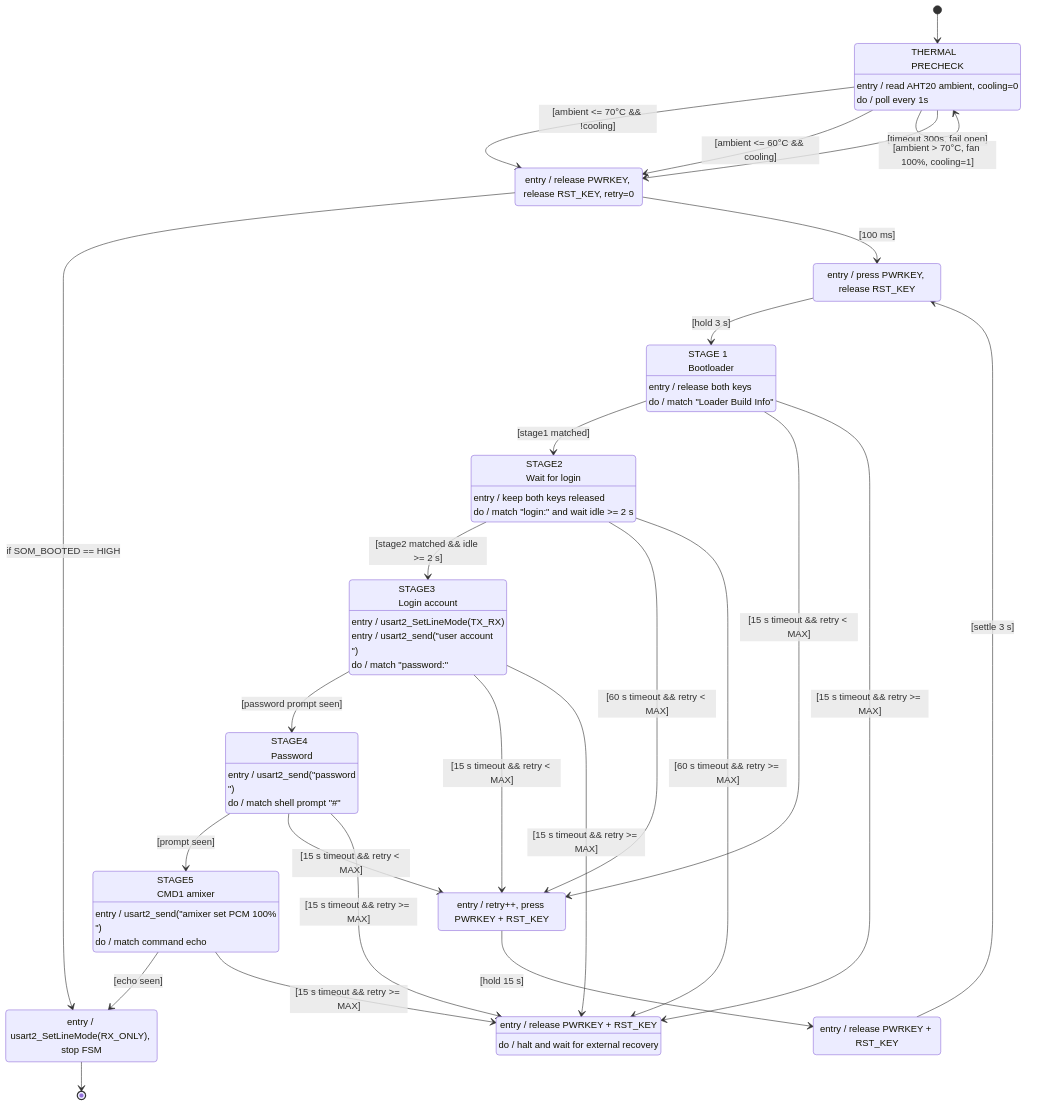
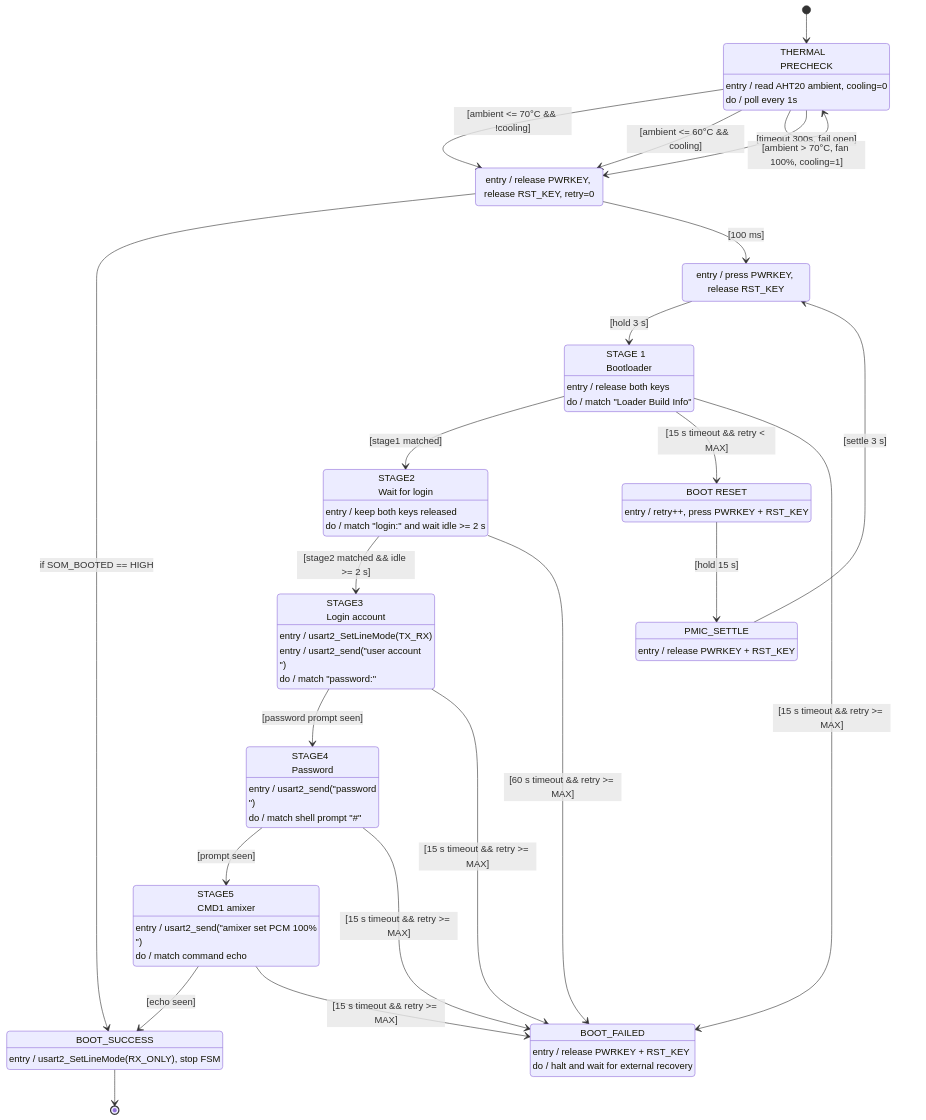
Before and after one commit to Vkd4U2NtVkZOVg/py32_control: diagram 11 of 16 in WORKLOG.md, drawn with Mermaid. The commit also changed other lines of this file and 2 other files, not shown here.

First line of the commit message:
feat(sdm845): limit hard reset to BOOT_CHECK; STAGE2/3/4 timeout halts

````diff
--- a/WORKLOG.md
+++ b/WORKLOG.md
@@ -826,68 +826,72 @@
 ```mermaid
 stateDiagram-v2
     direction TB
 
     [*] --> THERMAL_PRECHECK
     state "THERMAL\nPRECHECK" as THERMAL_PRECHECK
     THERMAL_PRECHECK : entry / read AHT20 ambient, cooling=0
     THERMAL_PRECHECK : do / poll every 1s
     THERMAL_PRECHECK --> POWER_ON_WAIT : [ambient <= 70°C && !cooling]
     THERMAL_PRECHECK --> POWER_ON_WAIT : [ambient <= 60°C && cooling]
     THERMAL_PRECHECK --> POWER_ON_WAIT : [timeout 300s, fail open]
     THERMAL_PRECHECK --> THERMAL_PRECHECK : [ambient > 70°C, fan 100%, cooling=1]
 
     POWER_ON_WAIT : entry / release PWRKEY, release RST_KEY, retry=0
     POWER_ON_WAIT --> BOOT_SUCCESS: if SOM_BOOTED == HIGH
     POWER_ON_WAIT --> PWR_PRESS : [100 ms]
 
     PWR_PRESS : entry / press PWRKEY, release RST_KEY
     PWR_PRESS --> BOOT_CHECK : [hold 3 s]
 
     state "STAGE 1\nBootloader" as BOOT_CHECK
     BOOT_CHECK : entry / release both keys
     BOOT_CHECK : do / match "Loader Build Info"
     BOOT_CHECK --> STAGE2_WAIT : [stage1 matched]
     BOOT_CHECK --> BOOT_RESET : [15 s timeout && retry < MAX]
     BOOT_CHECK --> STRAP_FAIL : [15 s timeout && retry >= MAX]
 
     state "STAGE2\nWait for login" as STAGE2_WAIT
     STAGE2_WAIT : entry / keep both keys released
     STAGE2_WAIT : do / match "login:" and wait idle >= 2 s
     STAGE2_WAIT --> STAGE3_WAIT : [stage2 matched && idle >= 2 s]
-    STAGE2_WAIT --> BOOT_RESET : [60 s timeout && retry < MAX]
+    %% STAGE2_WAIT --> BOOT_RESET : [60 s timeout && retry < MAX]
     STAGE2_WAIT --> STRAP_FAIL : [60 s timeout && retry >= MAX]
 
     state "STAGE3\nLogin account" as STAGE3_WAIT
     STAGE3_WAIT : entry / usart2_SetLineMode(TX_RX)
     STAGE3_WAIT : entry / usart2_send("user account\n")
     STAGE3_WAIT : do / match "password:"
     STAGE3_WAIT --> STAGE4_WAIT : [password prompt seen]
-    STAGE3_WAIT --> BOOT_RESET : [15 s timeout && retry < MAX]
+    %% STAGE3_WAIT --> BOOT_RESET : [15 s timeout && retry < MAX]
     STAGE3_WAIT --> STRAP_FAIL : [15 s timeout && retry >= MAX]
 
     state "STAGE4\nPassword" as STAGE4_WAIT
     STAGE4_WAIT : entry / usart2_send("password\n")
     STAGE4_WAIT : do / match shell prompt "#"
     STAGE4_WAIT --> STAGE5_WAIT : [prompt seen]
-    STAGE4_WAIT --> BOOT_RESET : [15 s timeout && retry < MAX]
+    %% STAGE4_WAIT --> BOOT_RESET : [15 s timeout && retry < MAX]
     STAGE4_WAIT --> STRAP_FAIL : [15 s timeout && retry >= MAX]
 
     state "STAGE5\nCMD1 amixer" as STAGE5_WAIT
     STAGE5_WAIT : entry / usart2_send("amixer set PCM 100%\n")
     STAGE5_WAIT : do / match command echo
     STAGE5_WAIT --> BOOT_SUCCESS : [echo seen]
     %%STAGE5_WAIT --> BOOT_RESET : [15 s timeout && retry ]
     STAGE5_WAIT --> STRAP_FAIL : [15 s timeout && retry >= MAX]
 
+    state "BOOT_SUCCESS" as BOOT_SUCCESS
     BOOT_SUCCESS : entry / usart2_SetLineMode(RX_ONLY), stop FSM
     BOOT_SUCCESS --> [*]
 
+    state "BOOT RESET " as BOOT_RESET
     BOOT_RESET : entry / retry++, press PWRKEY + RST_KEY
     BOOT_RESET --> PMIC_SETTLE : [hold 15 s]
 
+    state "PMIC_SETTLE" as PMIC_SETTLE
     PMIC_SETTLE : entry / release PWRKEY + RST_KEY
     PMIC_SETTLE --> PWR_PRESS : [settle 3 s]
 
+    state "BOOT_FAILED" as STRAP_FAIL
     STRAP_FAIL : entry / release PWRKEY + RST_KEY
     STRAP_FAIL : do / halt and wait for external recovery
 ```
````
